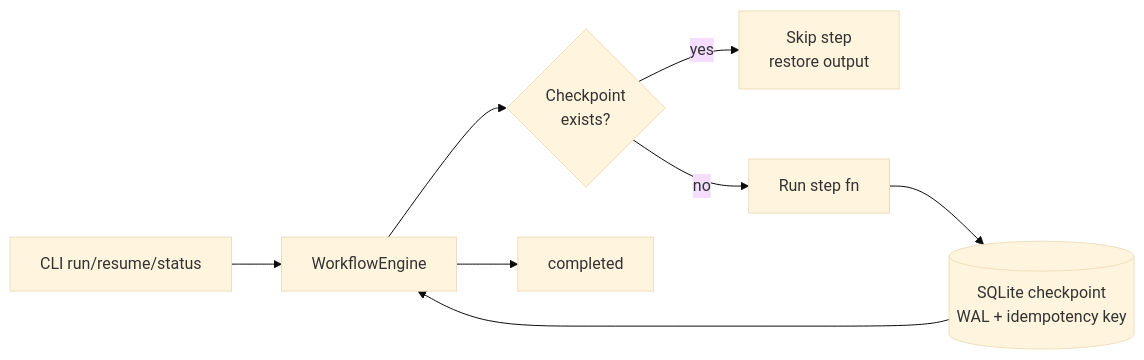
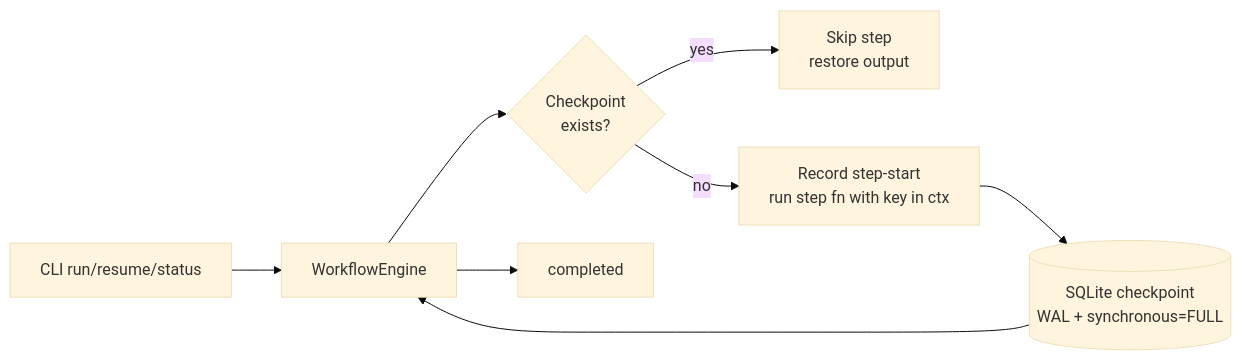
The diagram in docs/ARCHITECTURE.md (lionelsimai/stateful-long-running-agent), drawn with Mermaid (base theme) before and after one commit. The commit also changed other lines of this file and 11 other files, not shown here.

````diff
--- a/docs/ARCHITECTURE.md
+++ b/docs/ARCHITECTURE.md
@@ -3,10 +3,10 @@
 ```mermaid
 flowchart LR
   CLI[CLI run/resume/status] --> E[WorkflowEngine]
   E --> V{Checkpoint<br/>exists?}
   V -->|yes| SKIP[Skip step<br/>restore output]
-  V -->|no| RUN[Run step fn]
-  RUN --> C[(SQLite checkpoint<br/>WAL + idempotency key)]
+  V -->|no| RUN[Record step-start<br/>run step fn with key in ctx]
+  RUN --> C[(SQLite checkpoint<br/>WAL + synchronous=FULL)]
   C --> E
   E --> DONE[completed]
 ```
````
